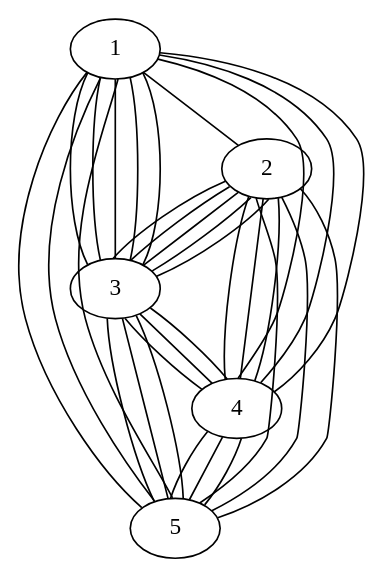
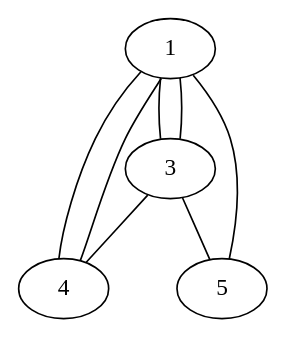
Before and after one commit to virtual1machine/flita-task2: the diagram in graph.dot, drawn with Graphviz. The commit also changed 7 other files, not shown here.

```diff
--- a/graph.dot
+++ b/graph.dot
@@ -1,36 +1,11 @@
 graph {
 
 1 -- 3
 1 -- 3
 1 -- 4
 1 -- 4
 1 -- 5
-1 -- 2
-1 -- 3
-1 -- 3
-1 -- 4
-1 -- 3
-1 -- 5
-1 -- 5
-2 -- 3
-2 -- 3
-2 -- 4
-2 -- 4
-2 -- 5
-2 -- 3
-2 -- 3
-2 -- 4
-2 -- 3
-2 -- 5
-2 -- 5
-3 -- 4
 3 -- 4
 3 -- 5
-3 -- 4
-3 -- 5
-3 -- 5
-4 -- 5
-4 -- 5
-4 -- 5
 
 }
```
